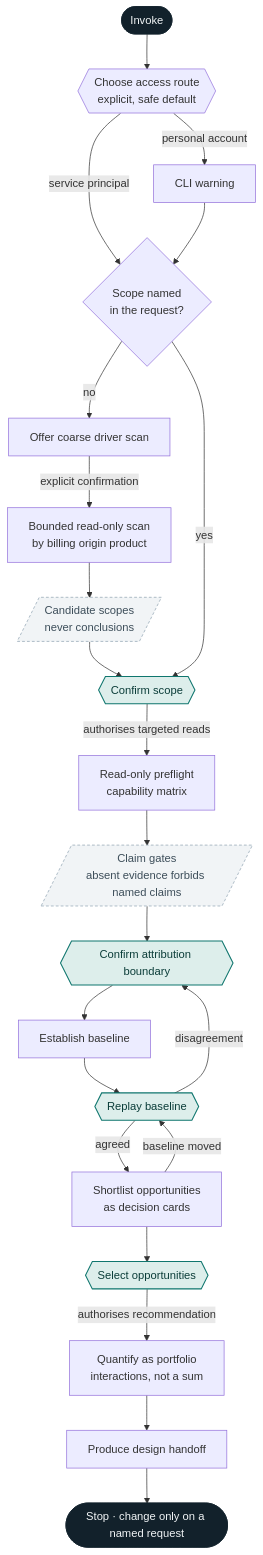
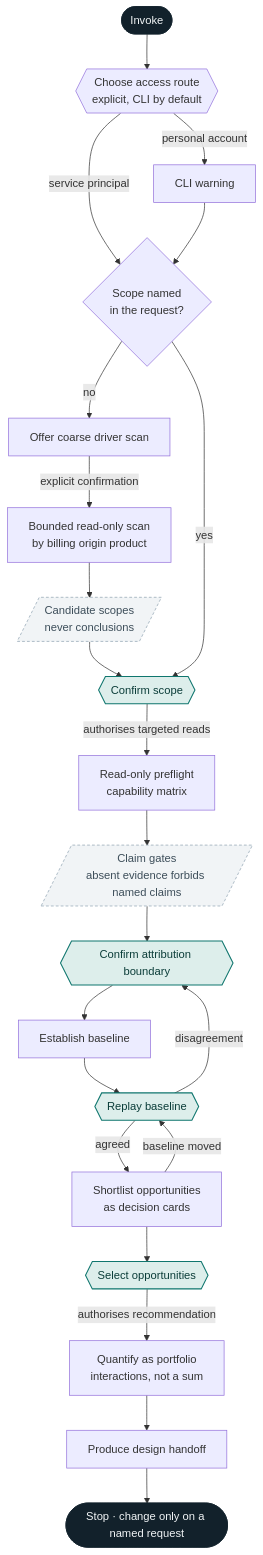
Before and after one commit to CauchyIO/ducat: the first of 2 diagrams in SKILL.md, drawn with Mermaid. The commit also changed other lines of this file and 4 other files, not shown here.

First line of the commit message:
Switch the default access route to the Databricks CLI (#56)

````diff
--- a/SKILL.md
+++ b/SKILL.md
@@ -50,33 +50,33 @@
 ```mermaid
 flowchart TD
-  START([Invoke]) --> ROUTE{{Choose access route<br/>explicit, safe default}}
+  START([Invoke]) --> ROUTE{{Choose access route<br/>explicit, CLI by default}}
+  ROUTE -->|personal account| BRIEF[CLI warning]
   ROUTE -->|service principal| Q{Scope named<br/>in the request?}
-  ROUTE -->|personal account| BRIEF[CLI warning]
   BRIEF --> Q
 
   Q -->|no| OFFER[Offer coarse driver scan]
   OFFER -->|explicit confirmation| SCAN[Bounded read-only scan<br/>by billing origin product]
   SCAN --> CAND[/Candidate scopes<br/>never conclusions/]
   CAND --> GATE
 
   Q -->|yes| GATE{{Confirm scope}}
   GATE -->|authorises targeted reads| PRE[Read-only preflight<br/>capability matrix]
   PRE --> CLAIM[/Claim gates<br/>absent evidence forbids named claims/]
   CLAIM --> ATTR{{Confirm attribution boundary}}
   ATTR --> BASE[Establish baseline]
   BASE --> REPLAY{{Replay baseline}}
   REPLAY -->|disagreement| ATTR
   REPLAY -->|agreed| SHORT[Shortlist opportunities<br/>as decision cards]
   SHORT -->|baseline moved| REPLAY
   SHORT --> SEL{{Select opportunities}}
   SEL -->|authorises recommendation| PORT[Quantify as portfolio<br/>interactions, not a sum]
   PORT --> HAND[Produce design handoff]
   HAND --> STOP([Stop · change only on a named request])
 
   classDef gate fill:#DDEEEB,stroke:#0F766E,stroke-width:1.5px,color:#0B3D39;
   classDef term fill:#12212B,stroke:#12212B,color:#F1F4F6;
   classDef note fill:#F1F4F6,stroke:#8FA3B0,stroke-dasharray:4 3,color:#3D4E5A;
   class GATE,ATTR,REPLAY,SEL gate;
   class START,STOP term;
   class CAND,CLAIM note;
 ```
````
